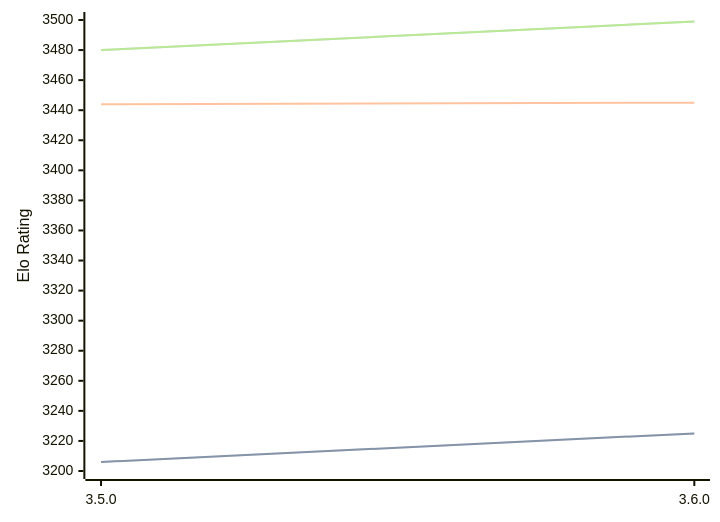
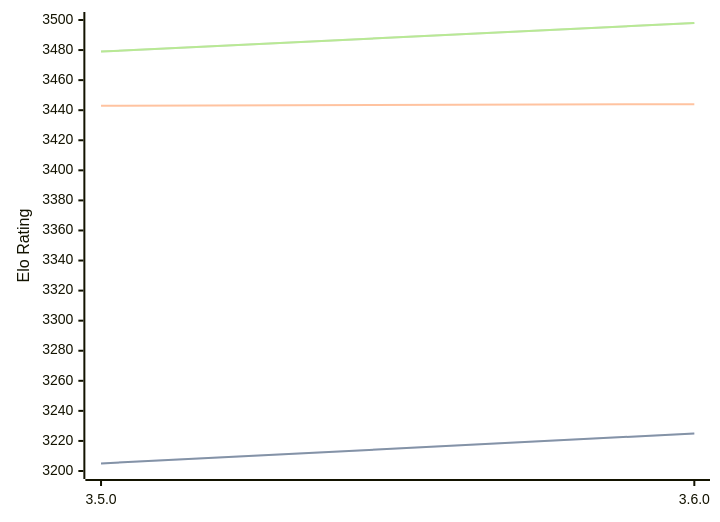
The diagram in engines/Igel.md (computer-chess-index/cci), drawn with Mermaid before and after one commit. The commit also changed other lines of this file, not shown here.

Commit message:
Update CCI Ratings (ELO VLTC) - 2026-03-08

````diff
--- a/engines/Igel.md
+++ b/engines/Igel.md
@@ -66,11 +66,11 @@
 ```mermaid
 %%{init: {"theme":"base","themeVariables":{"seriesColors:['#a3a3a3','#222221','#faa371']}}}%%
 xychart-beta
   x-axis ["3.5.0", "3.6.0"]
   y-axis "Elo Rating" 3200 --> 3500
-  line "STC (8.0+0.08s)" [3206, 3225]
-  line "STC (8.0+0.08s)" [3206, 3225]
-  line "LTC (60.0+0.60s)" [3444, 3445]
-  line "VLTC (2m24s+1.12s)" [3480, 3499]
-  line "VLTC (2m24s+1.12s)" [3480, 3499]
+  line "STC (8.0+0.08s)" [3205, 3225]
+  line "STC (8.0+0.08s)" [3205, 3225]
+  line "LTC (60.0+0.60s)" [3443, 3444]
+  line "VLTC (2m24s+1.12s)" [3479, 3498]
+  line "VLTC (2m24s+1.12s)" [3479, 3498]
 ```
````
